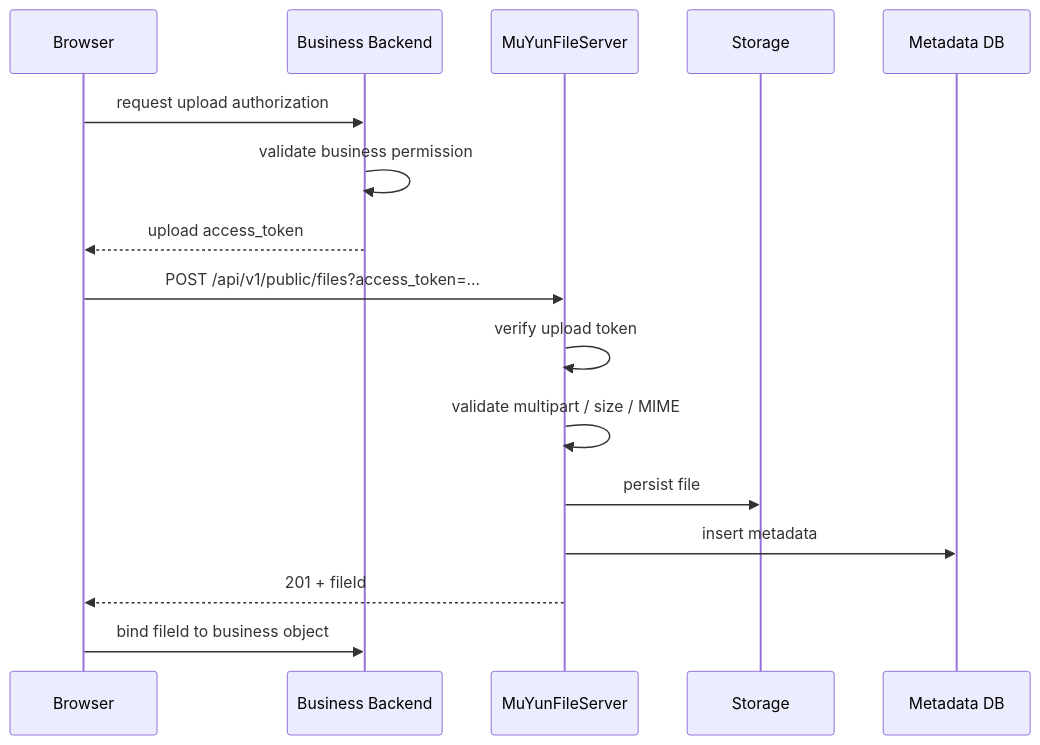
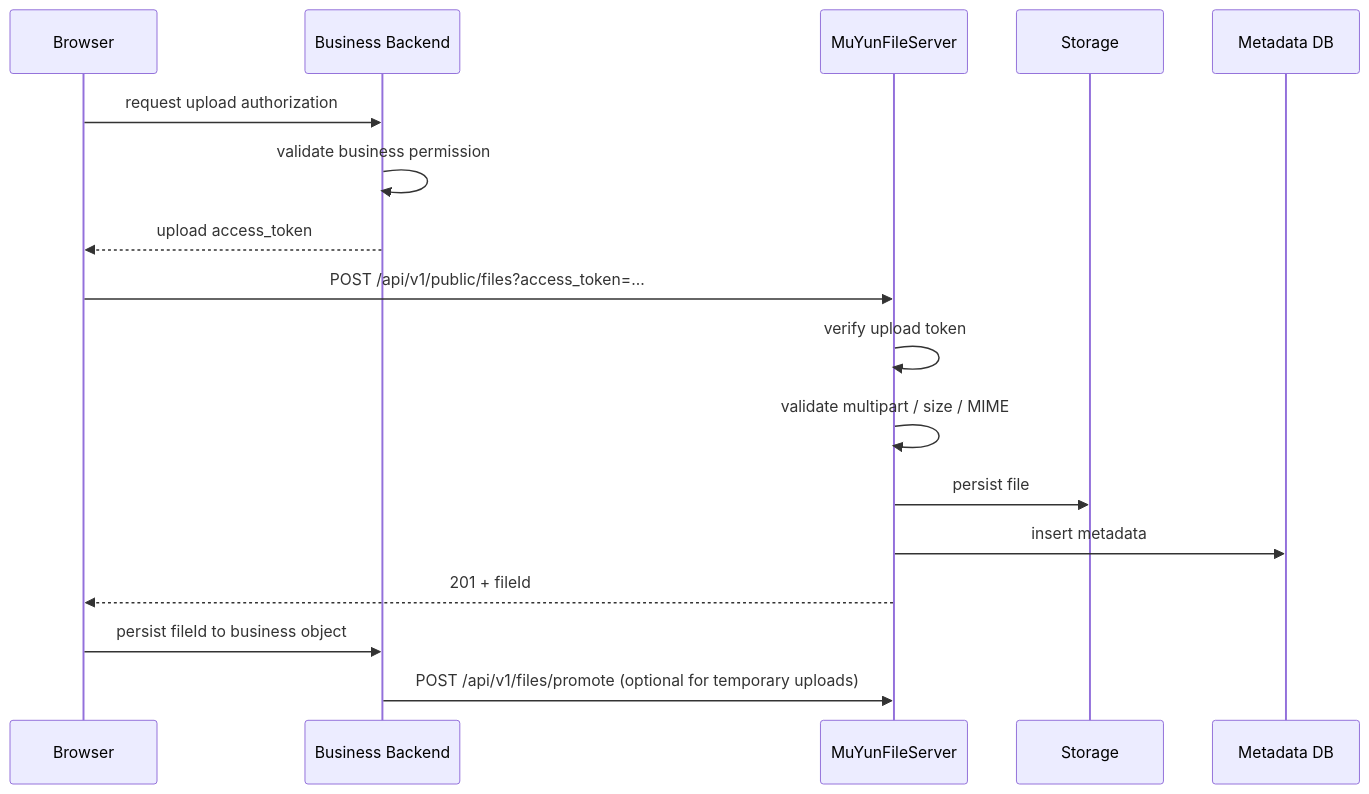
Before and after one commit to ximatai/MuYunFileserver: the third of 5 diagrams in docs/design/server-integration.md, drawn with Mermaid. The commit also changed other lines of this file and 29 other files, not shown here.

Commit message:
refactor: support temporary uploads and batch promote

````diff
--- a/docs/design/server-integration.md
+++ b/docs/design/server-integration.md
@@ -138,19 +138,20 @@
 ```mermaid
 sequenceDiagram
     participant U as Browser
     participant B as Business Backend
     participant F as MuYunFileServer
     participant S as Storage
     participant D as Metadata DB
 
     U->>B: request upload authorization
     B->>B: validate business permission
     B-->>U: upload access_token
     U->>F: POST /api/v1/public/files?access_token=...
     F->>F: verify upload token
     F->>F: validate multipart / size / MIME
     F->>S: persist file
     F->>D: insert metadata
     F-->>U: 201 + fileId
-    U->>B: bind fileId to business object
+    U->>B: persist fileId to business object
+    B->>F: POST /api/v1/files/promote (optional for temporary uploads)
 ```
````
